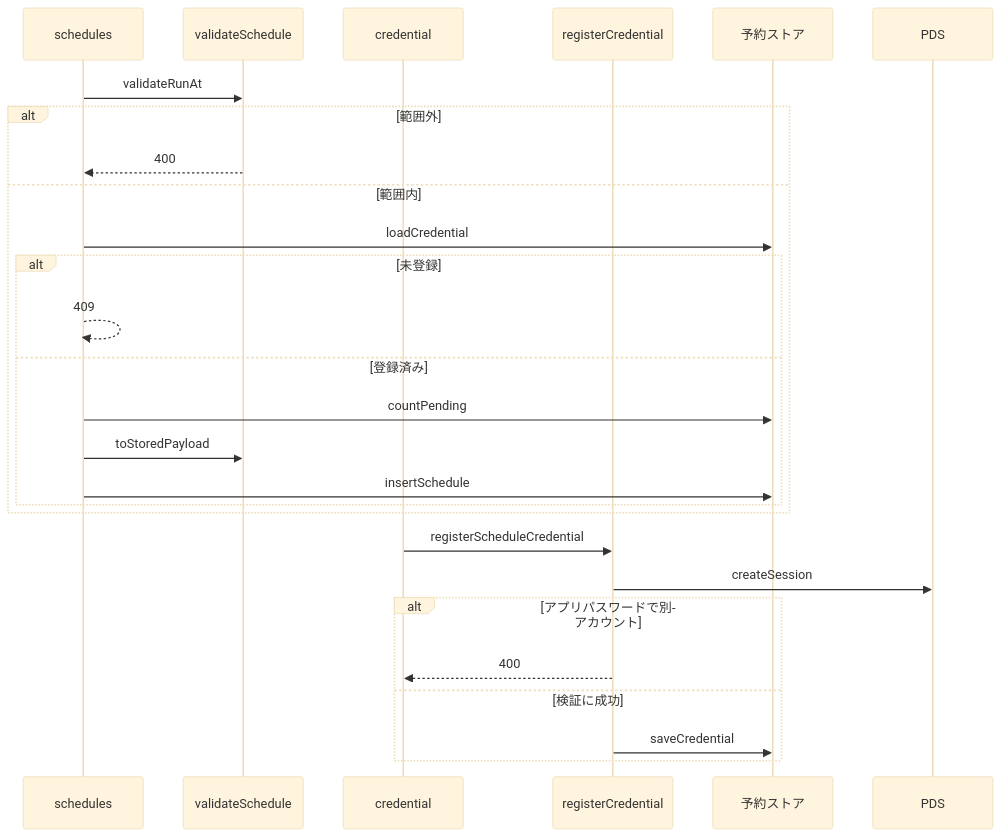
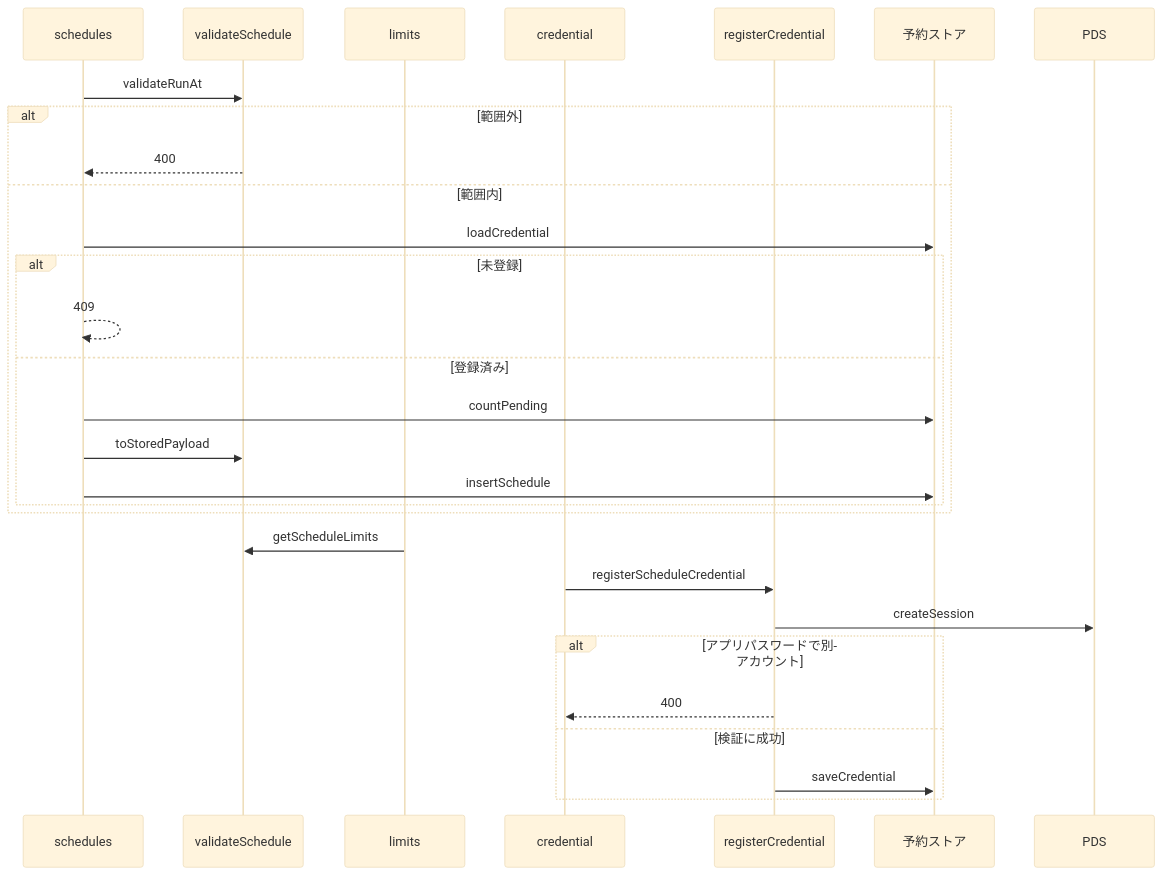
Before and after one commit to nekono-dev/skyshare: the second of 2 diagrams in specs/schedule-api/design.md, drawn with Mermaid (base theme). The commit also changed other lines of this file and 5 other files, not shown here.

````diff
--- a/specs/schedule-api/design.md
+++ b/specs/schedule-api/design.md
@@ -41,29 +45,31 @@
 ```mermaid
 sequenceDiagram
   participant schedules
   participant validateSchedule
+  participant limits
   participant credential
   participant registerCredential
   participant ext_store as 予約ストア
   participant ext_pds as PDS
   schedules->>validateSchedule: validateRunAt
   alt 範囲外
     validateSchedule-->>schedules: 400
   else 範囲内
     schedules->>ext_store: loadCredential
     alt 未登録
       schedules-->>schedules: 409
     else 登録済み
       schedules->>ext_store: countPending
       schedules->>validateSchedule: toStoredPayload
       schedules->>ext_store: insertSchedule
     end
   end
+  limits->>validateSchedule: getScheduleLimits
   credential->>registerCredential: registerScheduleCredential
   registerCredential->>ext_pds: createSession
   alt アプリパスワードで別アカウント
     registerCredential-->>credential: 400
   else 検証に成功
     registerCredential->>ext_store: saveCredential
   end
 ```
````
